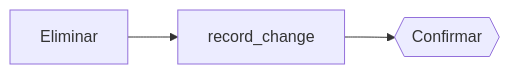
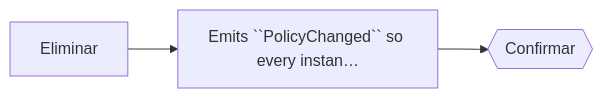
One commit to EloiSans/python-resource-engine changed the second of 2 diagrams in examples/invoices/docs/resources/authz_role_assignments.md. Above: the diagram before and after it, drawn with Mermaid. The commit also changed other lines of this file and 41 other files, not shown here.

````diff
--- a/examples/invoices/docs/resources/authz_role_assignments.md
+++ b/examples/invoices/docs/resources/authz_role_assignments.md
@@ -70,8 +64,8 @@
 ```mermaid
 flowchart LR
     s0["Eliminar"]
-    s1["record_change"]
+    s1["Emits ``PolicyChanged`` so every instan…"]
     s0 --> s1
     s2{{"Confirmar"}}
     s1 --> s2
 ```
````
